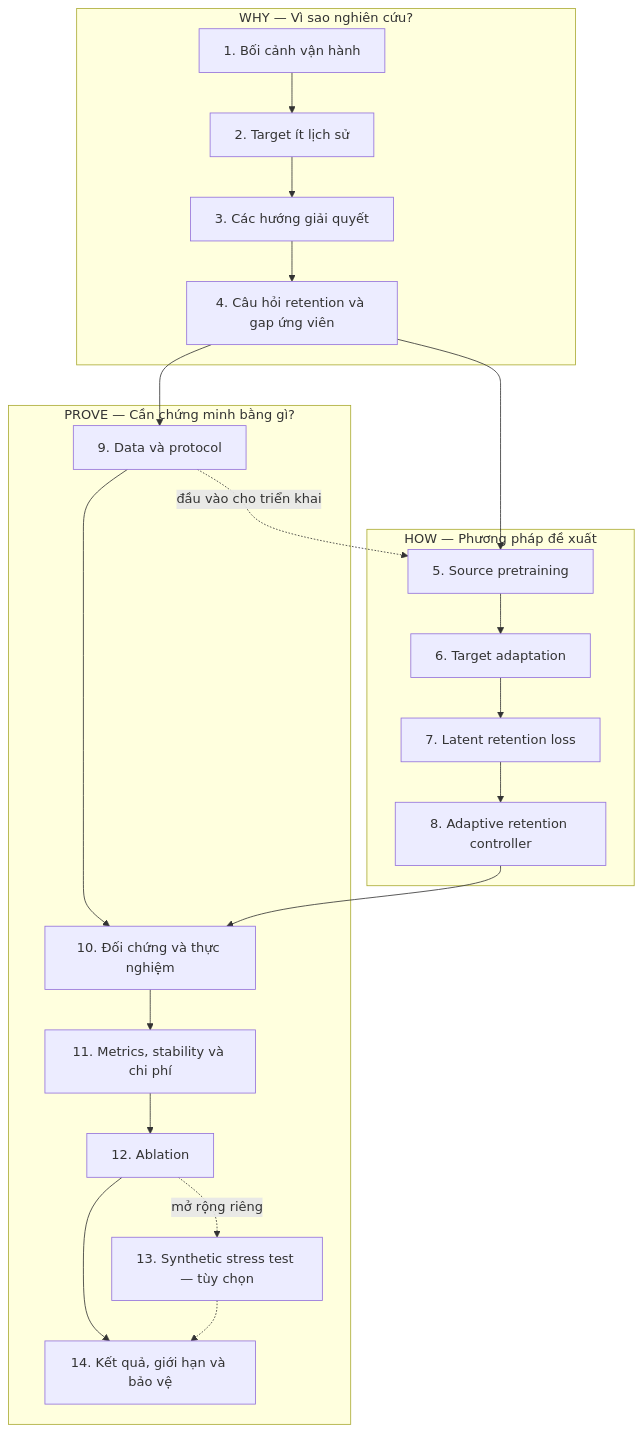
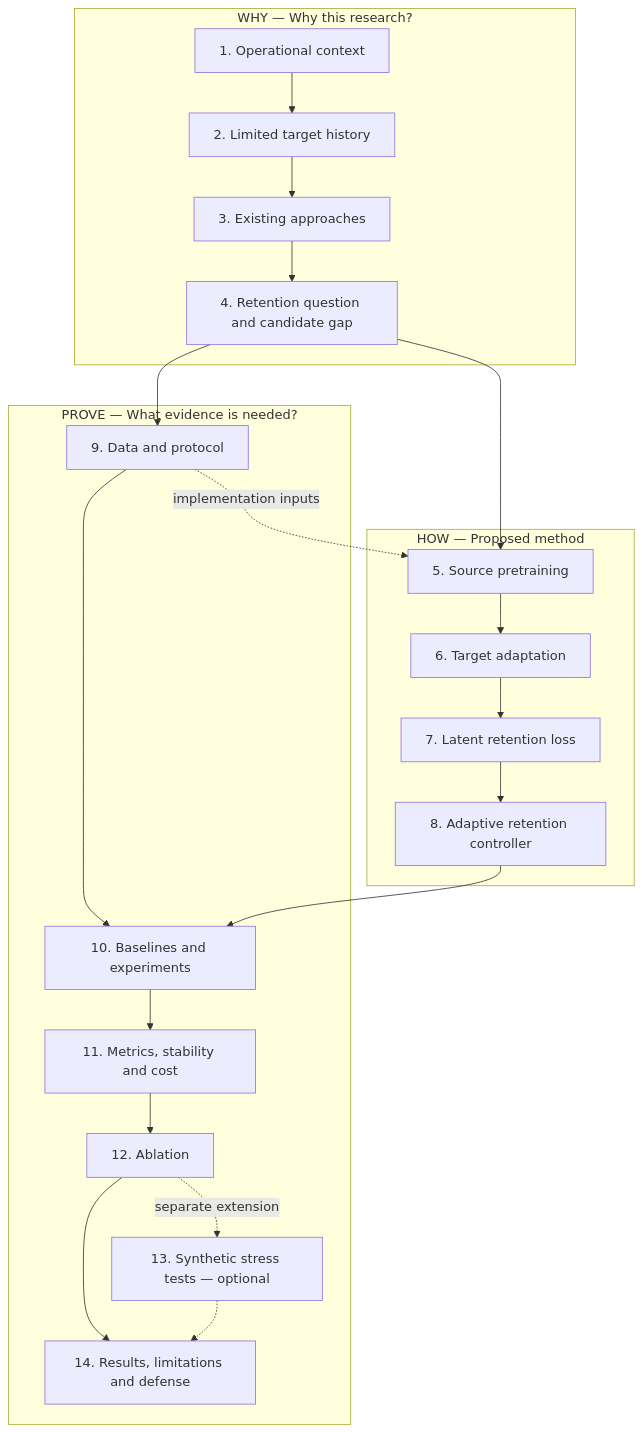
Before and after one commit to HungLD9505/adaptive-retention-ev: the first of 2 diagrams in docs/MASTER_RESEARCH_FLOW.md, drawn with Mermaid. The commit also changed other lines of this file and 8 other files, not shown here.

````diff
--- a/docs/MASTER_RESEARCH_FLOW.md
+++ b/docs/MASTER_RESEARCH_FLOW.md
@@ -24,25 +25,25 @@
 ```mermaid
 flowchart TB
-    subgraph WHY["WHY — Vì sao nghiên cứu?"]
-        W1["1. Bối cảnh vận hành"] --> W2["2. Target ít lịch sử"]
-        W2 --> W3["3. Các hướng giải quyết"]
-        W3 --> W4["4. Câu hỏi retention và gap ứng viên"]
+    subgraph WHY["WHY — Why this research?"]
+        W1["1. Operational context"] --> W2["2. Limited target history"]
+        W2 --> W3["3. Existing approaches"]
+        W3 --> W4["4. Retention question and candidate gap"]
     end
-    subgraph HOW["HOW — Phương pháp đề xuất"]
+    subgraph HOW["HOW — Proposed method"]
         H5["5. Source pretraining"] --> H6["6. Target adaptation"]
         H6 --> H7["7. Latent retention loss"]
         H7 --> H8["8. Adaptive retention controller"]
     end
-    subgraph PROVE["PROVE — Cần chứng minh bằng gì?"]
-        P9["9. Data và protocol"] --> P10["10. Đối chứng và thực nghiệm"]
-        P10 --> P11["11. Metrics, stability và chi phí"]
+    subgraph PROVE["PROVE — What evidence is needed?"]
+        P9["9. Data and protocol"] --> P10["10. Baselines and experiments"]
+        P10 --> P11["11. Metrics, stability and cost"]
         P11 --> P12["12. Ablation"]
-        P12 --> P14["14. Kết quả, giới hạn và bảo vệ"]
-        P13["13. Synthetic stress test — tùy chọn"] -.-> P14
+        P12 --> P14["14. Results, limitations and defense"]
+        P13["13. Synthetic stress tests — optional"] -.-> P14
     end
     W4 --> H5
     H8 --> P10
     W4 --> P9
-    P9 -. "đầu vào cho triển khai" .-> H5
-    P12 -. "mở rộng riêng" .-> P13
+    P9 -. "implementation inputs" .-> H5
+    P12 -. "separate extension" .-> P13
 ```
````
